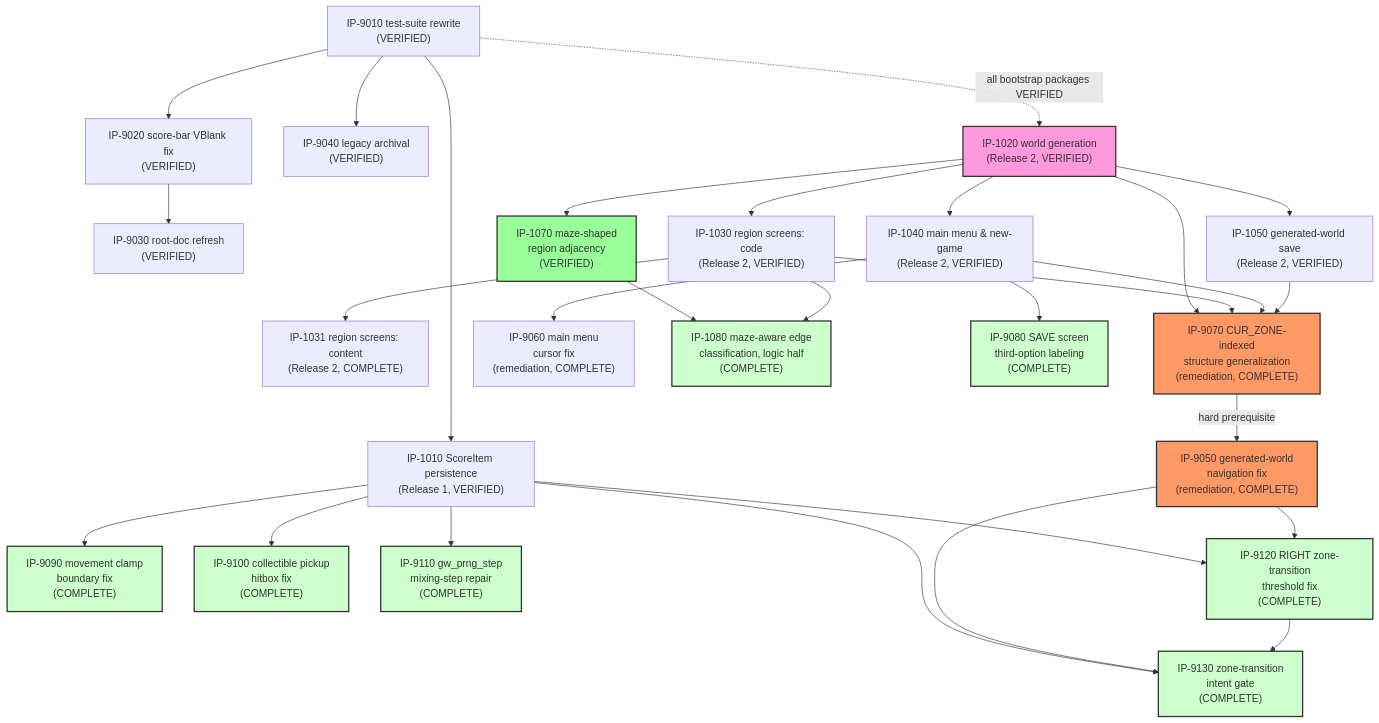
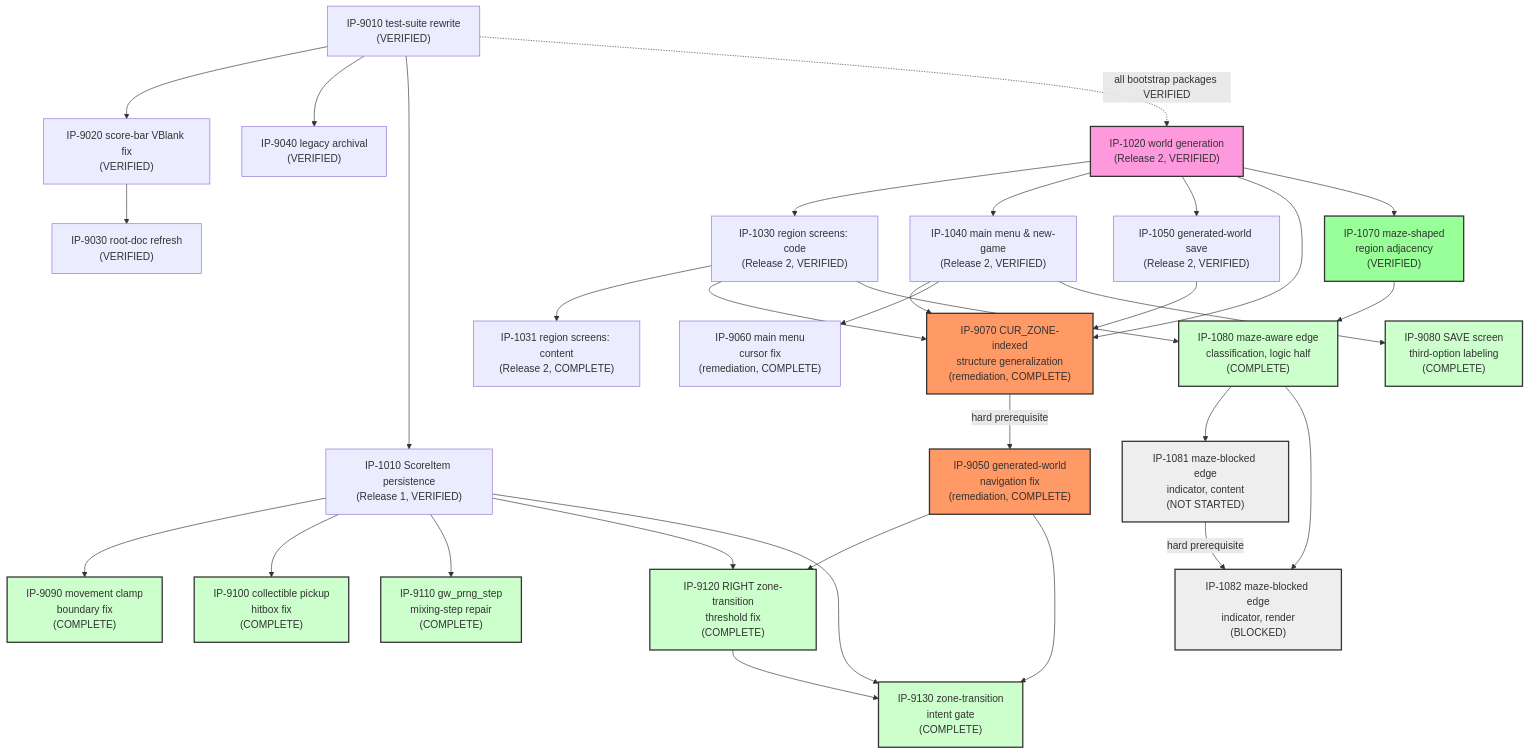
Before and after one commit to Zabin/RsGame: the diagram in docs/implementation/00-master-build-plan.md, drawn with Mermaid. The commit also changed other lines of this file and 8 other files, not shown here.

````diff
--- a/docs/implementation/00-master-build-plan.md
+++ b/docs/implementation/00-master-build-plan.md
@@ -282,4 +292,13 @@
     IP9120 --> IP9130
 
     style IP9130 fill:#cfc,stroke:#333,stroke-width:2px
+
+    IP1081["IP-1081 maze-blocked edge<br/>indicator, content<br/>(NOT STARTED)"]
+    IP1082["IP-1082 maze-blocked edge<br/>indicator, render<br/>(BLOCKED)"]
+    IP1080 --> IP1081
+    IP1081 -->|hard prerequisite| IP1082
+    IP1080 --> IP1082
+
+    style IP1081 fill:#eee,stroke:#333,stroke-width:2px
+    style IP1082 fill:#eee,stroke:#333,stroke-width:2px
 ```
````
